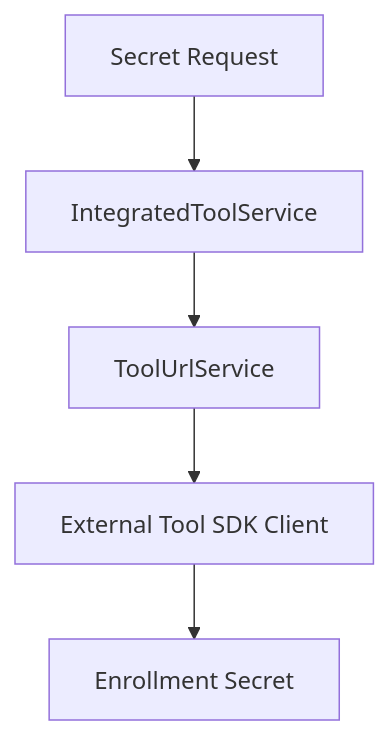
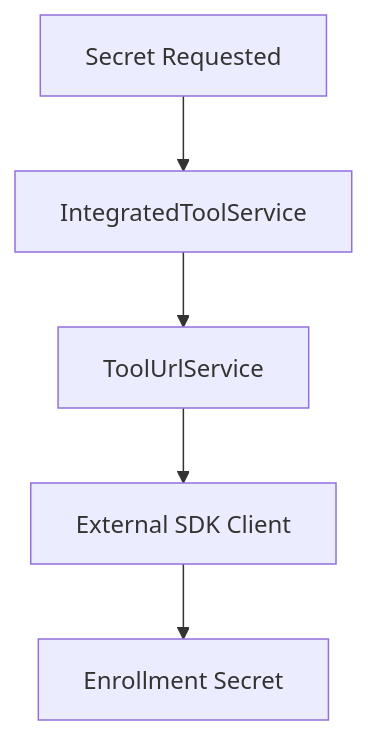
One commit to flamingo-stack/openframe-oss-lib changed the sixth of 7 diagrams in docs/reference/architecture/data-platform-core/data-platform-core.md. Above: the diagram before and after it, drawn with Mermaid. The commit also changed other lines of this file and 212 other files, not shown here.

````diff
--- a/docs/reference/architecture/data-platform-core/data-platform-core.md
+++ b/docs/reference/architecture/data-platform-core/data-platform-core.md
@@ -206,7 +294,7 @@
 ```mermaid
 flowchart TD
-    Request["Secret Request"] --> ToolService["IntegratedToolService"]
-    ToolService --> UrlService["ToolUrlService"]
-    UrlService --> SDK["External Tool SDK Client"]
-    SDK --> Secret["Enrollment Secret"]
+    Request["Secret Requested"] --> ToolLookup["IntegratedToolService"]
+    ToolLookup --> UrlLookup["ToolUrlService"]
+    UrlLookup --> Client["External SDK Client"]
+    Client --> Secret["Enrollment Secret"]
 ```
````
